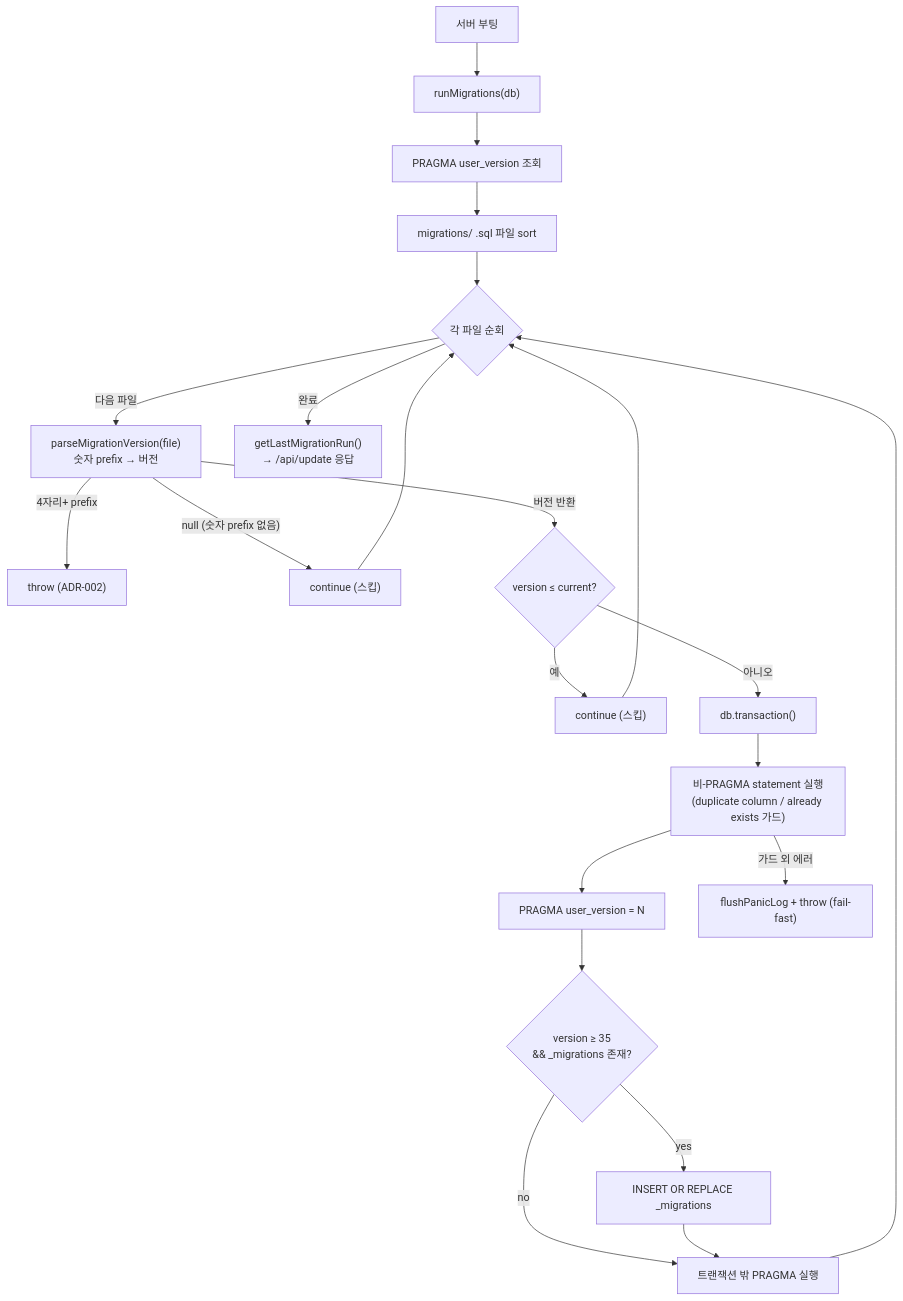
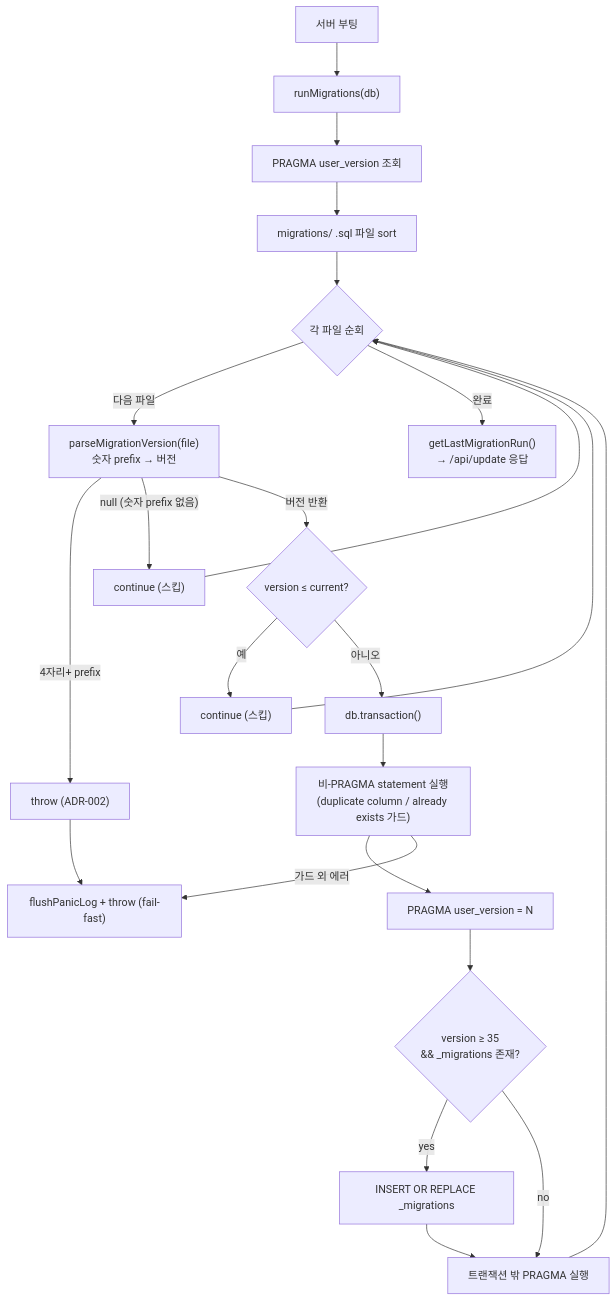
The diagram in docs/architecture/migrations.md (gmoon92/claude-spyglass), drawn with Mermaid before and after one commit. The commit also changed other lines of this file and 9 other files, not shown here.

Commit message:
docs(architecture): 아키텍처 문서 소스 기준 현행화

````diff
--- a/docs/architecture/migrations.md
+++ b/docs/architecture/migrations.md
@@ -46,24 +46,25 @@
 ```mermaid
 flowchart TD
   boot["서버 부팅"] --> run["runMigrations(db)"]
   run --> cur["PRAGMA user_version 조회"]
   cur --> sort["migrations/ .sql 파일 sort"]
   sort --> loop{"각 파일 순회"}
   loop -->|"다음 파일"| parse["parseMigrationVersion(file)<br/>숫자 prefix → 버전"]
   parse -->|"4자리+ prefix"| throw["throw (ADR-002)"]
+  throw --> panic
   parse -->|"null (숫자 prefix 없음)"| skip1["continue (스킵)"]
   parse -->|"버전 반환"| vcheck{"version ≤ current?"}
   vcheck -->|"예"| skip2["continue (스킵)"]
   vcheck -->|"아니오"| tx["db.transaction()"]
   skip1 --> loop
   skip2 --> loop
   tx --> ddl["비-PRAGMA statement 실행<br/>(duplicate column / already exists 가드)"]
   ddl --> uv["PRAGMA user_version = N"]
   uv --> meta{"version ≥ 35<br/>&& _migrations 존재?"}
   meta -->|yes| ins["INSERT OR REPLACE _migrations"]
   meta -->|no| pragma
   ins --> pragma["트랜잭션 밖 PRAGMA 실행"]
   pragma --> loop
   loop -->|완료| result["getLastMigrationRun()<br/>→ /api/update 응답"]
   ddl -->|"가드 외 에러"| panic["flushPanicLog + throw (fail-fast)"]
 ```
````
